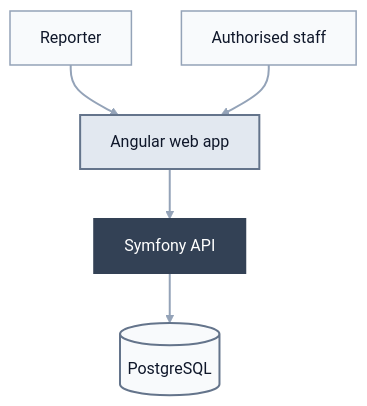
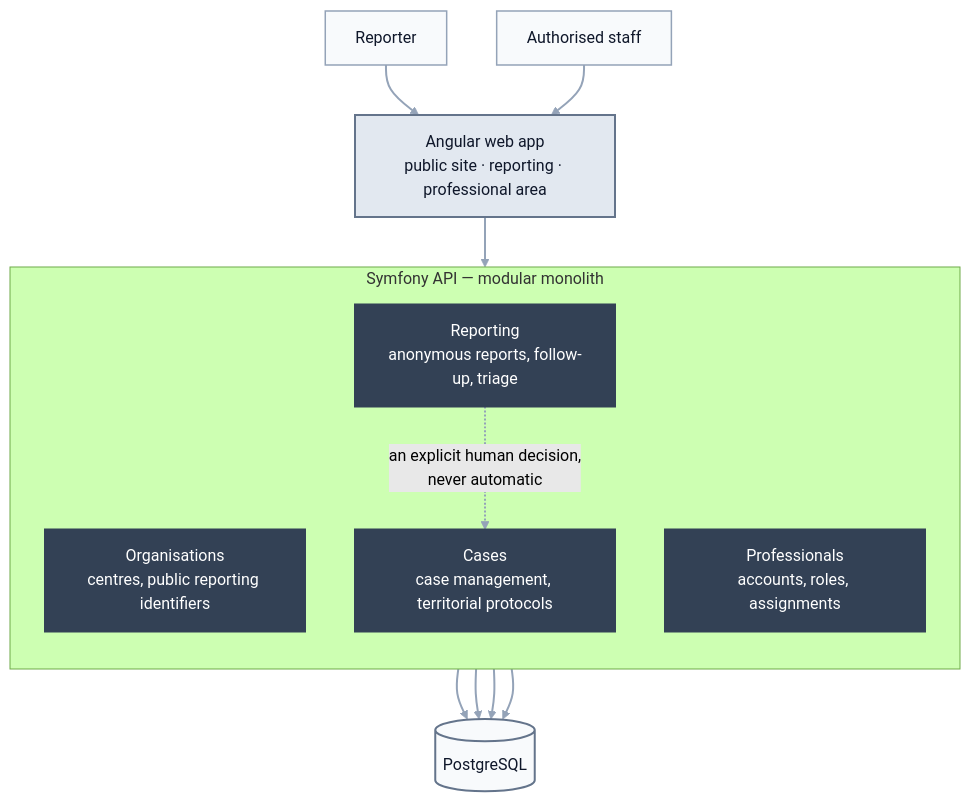
Before and after one commit to albertogalvez-dev/Convive: the diagram in docs/architecture/diagrams/initial-system-architecture.md, drawn with Mermaid (forest theme). The commit also changed other lines of this file and 3 other files, not shown here.

````diff
--- a/docs/architecture/diagrams/initial-system-architecture.md
+++ b/docs/architecture/diagrams/initial-system-architecture.md
@@ -10,23 +15,34 @@
 ```mermaid
 flowchart TB
     reporter["Reporter"]
     professional["Authorised staff"]
-    web["Angular web app"]
-    api["Symfony API"]
+    web["Angular web app<br/>public site · reporting · professional area"]
     database[("PostgreSQL")]
+
+    subgraph api["Symfony API — modular monolith"]
+        direction TB
+        organisations["Organisations<br/>centres, public reporting identifiers"]
+        reporting["Reporting<br/>anonymous reports, follow-up, triage"]
+        professionals["Professionals<br/>accounts, roles, assignments"]
+        cases["Cases<br/>case management, territorial protocols"]
+    end
 
     reporter --> web
     professional --> web
     web --> api
-    api --> database
+    reporting -.->|"an explicit human decision,<br/>never automatic"| cases
+    organisations --> database
+    reporting --> database
+    professionals --> database
+    cases --> database
 
     classDef actor fill:#F8FAFC,stroke:#94A3B8,color:#0F172A,stroke-width:1.5px
     classDef frontend fill:#E2E8F0,stroke:#64748B,color:#0F172A,stroke-width:2px
     classDef backend fill:#334155,stroke:#334155,color:#FFFFFF,stroke-width:2px
     classDef datastore fill:#F8FAFC,stroke:#64748B,color:#0F172A,stroke-width:2px
     class reporter,professional actor
     class web frontend
-    class api backend
+    class organisations,reporting,professionals,cases backend
     class database datastore
     linkStyle default stroke:#94A3B8,stroke-width:2px
 ```
````
